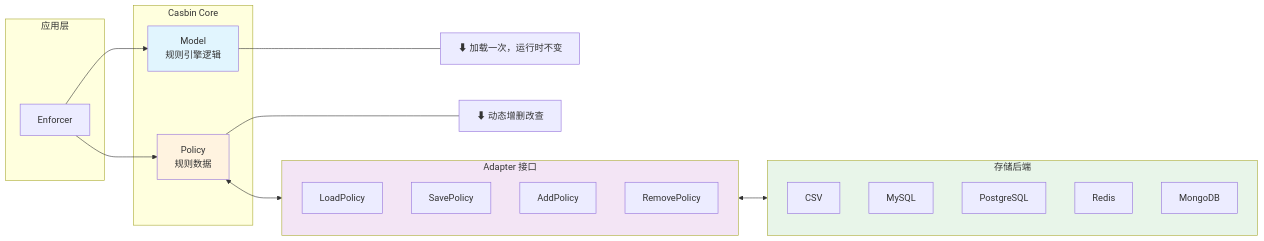
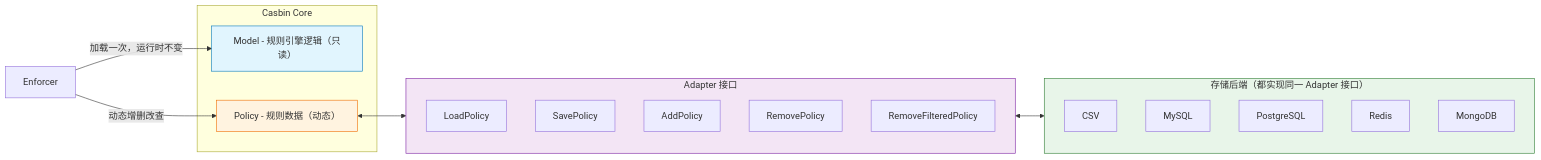
One commit to zhongmingmao/zhongmingmao.github.io changed the diagram in source/_posts/security-iam-authorization-rbac-casbin-storage.md. Above: the diagram before and after it, drawn with Mermaid.

Commit message:
refactor: improve mermaid diagram in Casbin Storage post
- Replace dangling N1/N2 nodes with edge labels for clarity
- Remove redundant App subgraph wrapper around Enforcer
- Move key descriptions into node labels and subgraph titles
- Add missing RemoveFilteredPolicy to Adapter methods
- Add stroke colors to style definitions

````diff
--- a/source/_posts/security-iam-authorization-rbac-casbin-storage.md
+++ b/source/_posts/security-iam-authorization-rbac-casbin-storage.md
@@ -173,40 +173,35 @@
 ```mermaid
 flowchart LR
-    subgraph App["应用层"]
-        E["Enforcer"]
-    end
+    E["Enforcer"]
 
     subgraph Core["Casbin Core"]
-        M["Model<br/>规则引擎逻辑"]
-        P["Policy<br/>规则数据"]
+        M["Model - 规则引擎逻辑（只读）"]
+        P["Policy - 规则数据（动态）"]
     end
 
     subgraph Adapters["Adapter 接口"]
         A1["LoadPolicy"]
         A2["SavePolicy"]
         A3["AddPolicy"]
         A4["RemovePolicy"]
+        A5["RemoveFilteredPolicy"]
     end
 
-    subgraph Store["存储后端"]
+    subgraph Store["存储后端（都实现同一 Adapter 接口）"]
         S1["CSV"]
         S2["MySQL"]
         S3["PostgreSQL"]
         S4["Redis"]
         S5["MongoDB"]
     end
 
-    E --> M
-    E --> P
-
-    M --- N1["⬇ 加载一次，运行时不变"]
-    P --- N2["⬇ 动态增删改查"]
-
+    E -->|"加载一次，运行时不变"| M
+    E -->|"动态增删改查"| P
     P <--> Adapters
     Adapters <--> Store
 
-    style M fill:#e1f5fe
-    style P fill:#fff3e0
-    style Adapters fill:#f3e5f5
-    style Store fill:#e8f5e9
+    style M fill:#e1f5fe,stroke:#0277bd
+    style P fill:#fff3e0,stroke:#ef6c00
+    style Adapters fill:#f3e5f5,stroke:#7b1fa2
+    style Store fill:#e8f5e9,stroke:#2e7d32
 ```
````
